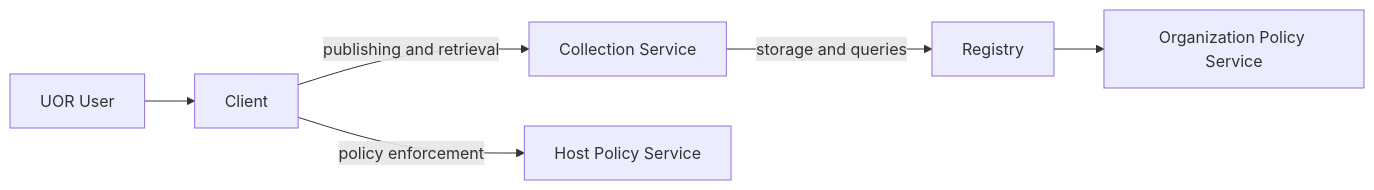
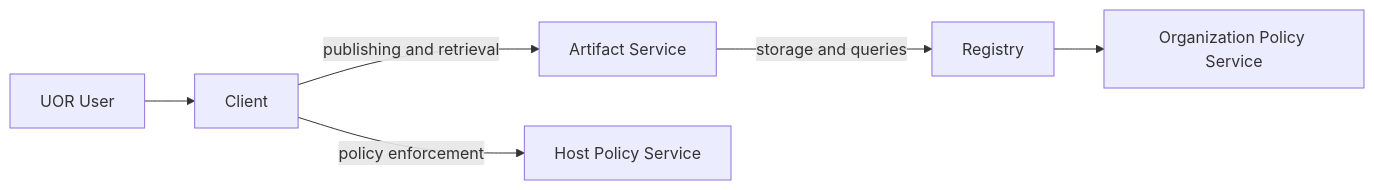
The fourth of 9 diagrams in docs/design.md (emporous/community), drawn with Mermaid before and after one commit. The commit also changed other lines of this file, not shown here.

````diff
--- a/docs/design.md
+++ b/docs/design.md
@@ -398,8 +319,8 @@
 ```mermaid
 graph LR;
 A[UOR User]-->B[Client]
-B --publishing and retrieval--> C[Collection Service]
+B --publishing and retrieval--> C[Artifact Service]
 B --policy enforcement--> D[Host Policy Service]
 C --storage and queries--> E[Registry]
 E --> F[Organization Policy Service]
 ```
````
